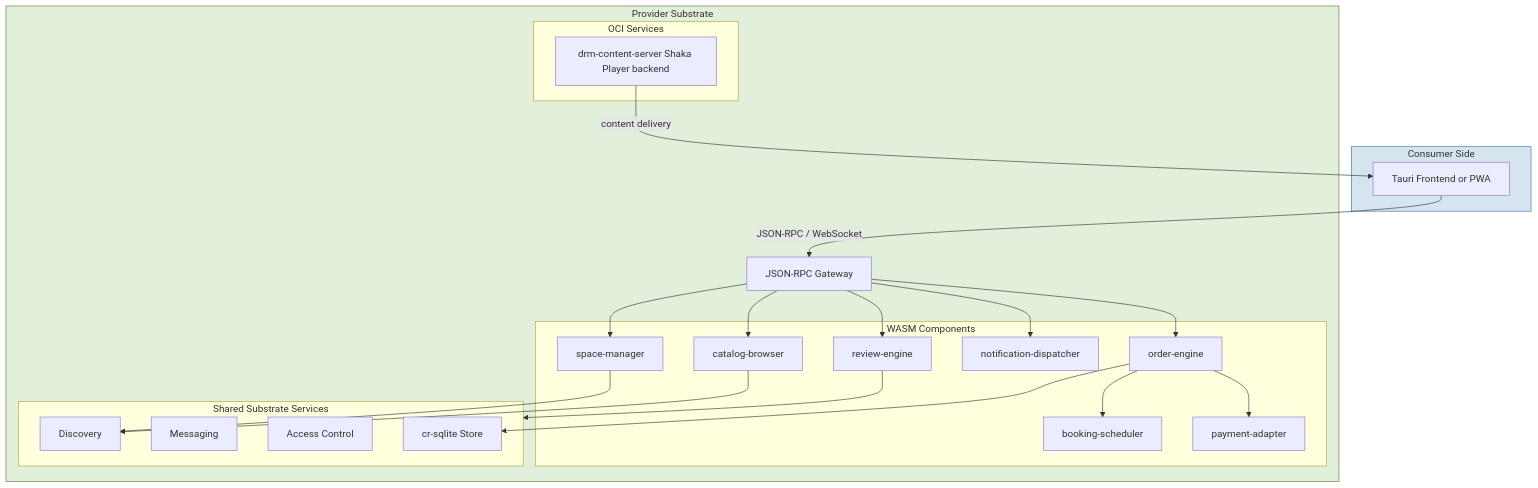
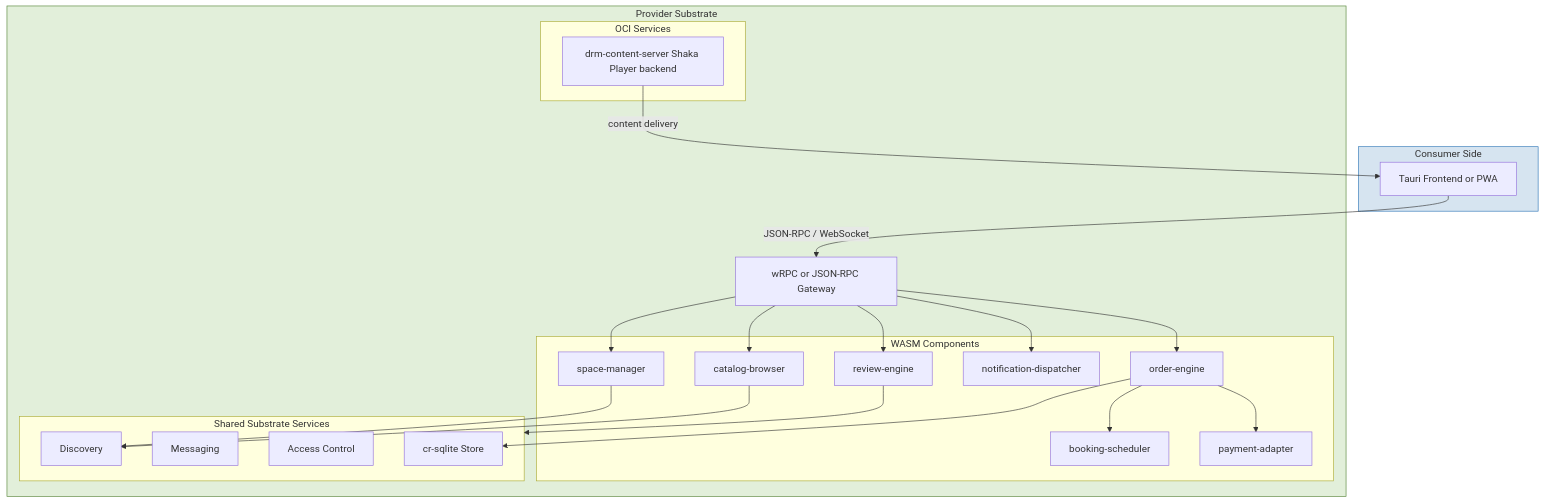
Before and after one commit to syneroym/syneroym: diagram 15 of 21 in docs/architecture.md, drawn with Mermaid. The commit also changed other lines of this file, not shown here.

Commit message:
docs: payment defer and wRPC refs

````diff
--- a/docs/architecture.md
+++ b/docs/architecture.md
@@ -585,43 +588,43 @@
 ```mermaid
 flowchart TD
     subgraph CONSUMER_SIDE["Consumer Side"]
         PWA[Tauri Frontend or PWA]
     end
 
     subgraph PROVIDER_SUBSTRATE["Provider Substrate"]
-        GW[JSON-RPC Gateway]
+        GW[wRPC or JSON-RPC Gateway]
         
         subgraph WASM_COMPONENTS["WASM Components"]
             SM[space-manager]
             CB[catalog-browser]
             OE[order-engine]
             BS2[booking-scheduler]
             PA[payment-adapter]
             ND[notification-dispatcher]
             RE[review-engine]
         end
 
         subgraph OCI_SERVICES["OCI Services"]
             DRM[drm-content-server Shaka Player backend]
         end
 
         subgraph SHARED["Shared Substrate Services"]
             DISC2[Discovery]
             MSG2[Messaging]
             AC2[Access Control]
             STORE[cr-sqlite Store]
         end
     end
 
     PWA -->|"JSON-RPC / WebSocket"| GW
     GW --> SM & CB & OE & ND & RE
     OE --> BS2 & PA
     OE --> STORE
     SM --> DISC2
     CB --> DISC2
     RE --> SHARED
     DRM -->|"content delivery"| PWA
 
     style CONSUMER_SIDE fill:#D6E4F0,stroke:#2E75B6
     style PROVIDER_SUBSTRATE fill:#E2EFDA,stroke:#548235
 ```
````
